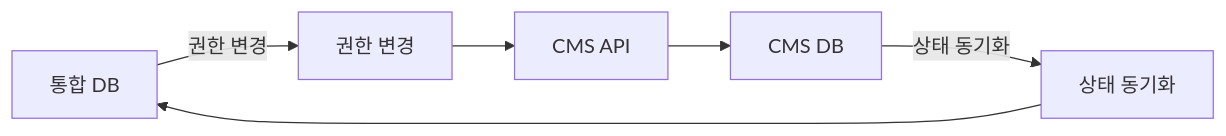
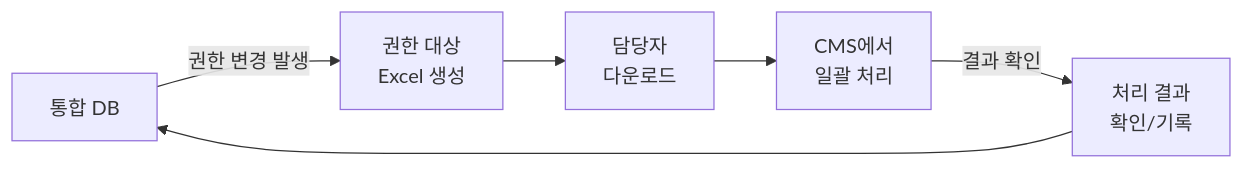
One commit to sknkwoxs/manual-book changed the fifth of 5 diagrams in src/content/docs/goodthinking-isp/04-design/data-integration.md. Above: the diagram before and after it, drawn with Mermaid. The commit also changed other lines of this file and 6 other files, not shown here.

````diff
--- a/src/content/docs/goodthinking-isp/04-design/data-integration.md
+++ b/src/content/docs/goodthinking-isp/04-design/data-integration.md
@@ -188,14 +236,14 @@
 ```mermaid
 graph LR
     A["통합 DB"]
-    B["권한 변경"]
-    C["CMS API"]
-    D["CMS DB"]
-    E["상태 동기화"]
+    B["권한 대상<br/>Excel 생성"]
+    C["담당자<br/>다운로드"]
+    D["CMS에서<br/>일괄 처리"]
+    E["처리 결과<br/>확인/기록"]
     
-    A -->|권한 변경| B
+    A -->|권한 변경 발생| B
     B --> C
     C --> D
-    D -->|상태 동기화| E
+    D -->|결과 확인| E
     E --> A
 ```
````
